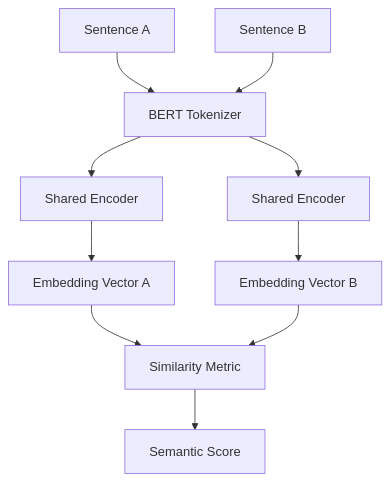
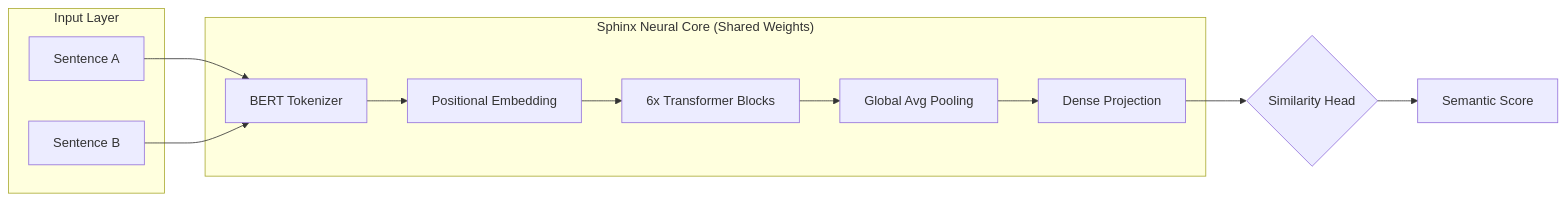
The diagram in README.md (Alouakhalid/Sphinx-Semantic-AI), drawn with Mermaid before and after one commit. The commit also changed other lines of this file, not shown here.

Commit message:
Ultra-advanced README: Mathematical foundations, neural pipelines, and roadmap

````diff
--- a/README.md
+++ b/README.md
@@ -23,12 +47,25 @@
 ```mermaid
-graph TD
-    S1[Sentence A] --> T[BERT Tokenizer]
-    S2[Sentence B] --> T
-    T --> E1[Shared Encoder]
-    T --> E2[Shared Encoder]
-    E1 --> V1[Embedding Vector A]
-    E2 --> V2[Embedding Vector B]
-    V1 --> SM[Similarity Metric]
-    V2 --> SM
-    SM --> Out[Semantic Score]
+graph LR
+    subgraph "Input Layer"
+        S1[Sentence A]
+        S2[Sentence B]
+    end
+
+    subgraph "Sphinx Neural Core (Shared Weights)"
+        T[BERT Tokenizer]
+        B1[Positional Embedding]
+        B2[6x Transformer Blocks]
+        B3[Global Avg Pooling]
+        B4[Dense Projection]
+    end
+
+    S1 --> T
+    S2 --> T
+    T --> B1
+    B1 --> B2
+    B2 --> B3
+    B3 --> B4
+    
+    B4 --> Sim{Similarity Head}
+    Sim --> Out[Semantic Score]
 ```
````
